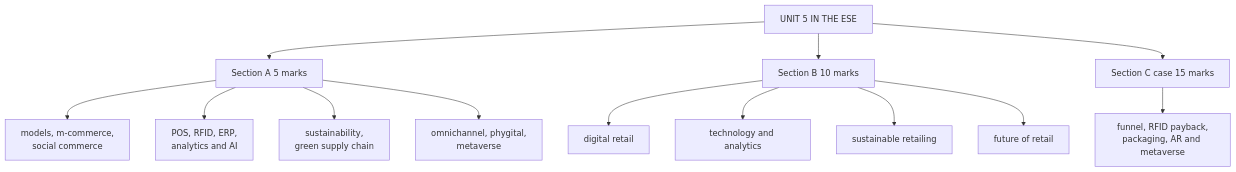
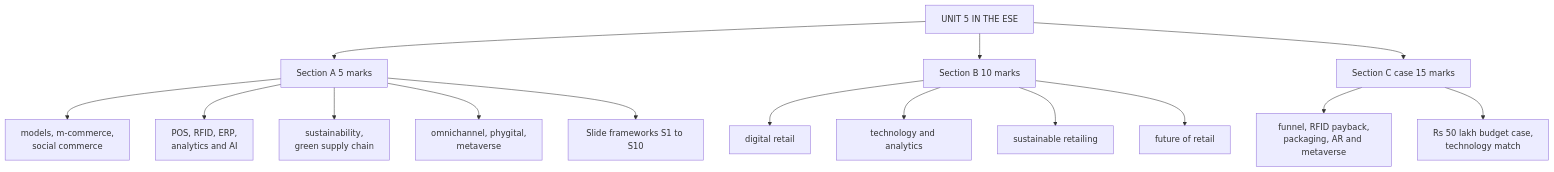
The diagram in content/recall/retail-management/Retail Management Unit 5 - DR-5 Unit 5 Exam Answers.md (Lokiragnarock/ahhh), drawn with Mermaid before and after one commit. The commit also changed other lines of this file and 6 other files, not shown here.

````diff
--- a/content/recall/retail-management/Retail Management Unit 5 - DR-5 Unit 5 Exam Answers.md
+++ b/content/recall/retail-management/Retail Management Unit 5 - DR-5 Unit 5 Exam Answers.md
@@ -96,15 +168,17 @@
 ```mermaid
 graph TD
     X["UNIT 5 IN THE ESE"] --> A["Section A 5 marks"]
     X --> B["Section B 10 marks"]
     X --> C["Section C case 15 marks"]
     A --> A1["models, m-commerce,<br/>social commerce"]
     A --> A2["POS, RFID, ERP,<br/>analytics and AI"]
     A --> A3["sustainability,<br/>green supply chain"]
     A --> A4["omnichannel, phygital,<br/>metaverse"]
     B --> B1["digital retail"]
     B --> B2["technology and analytics"]
     B --> B3["sustainable retailing"]
     B --> B4["future of retail"]
     C --> C1["funnel, RFID payback,<br/>packaging, AR and metaverse"]
+    C --> C2["Rs 50 lakh budget case,<br/>technology match"]
+    A --> A5["Slide frameworks S1 to S10"]
 ```
````
